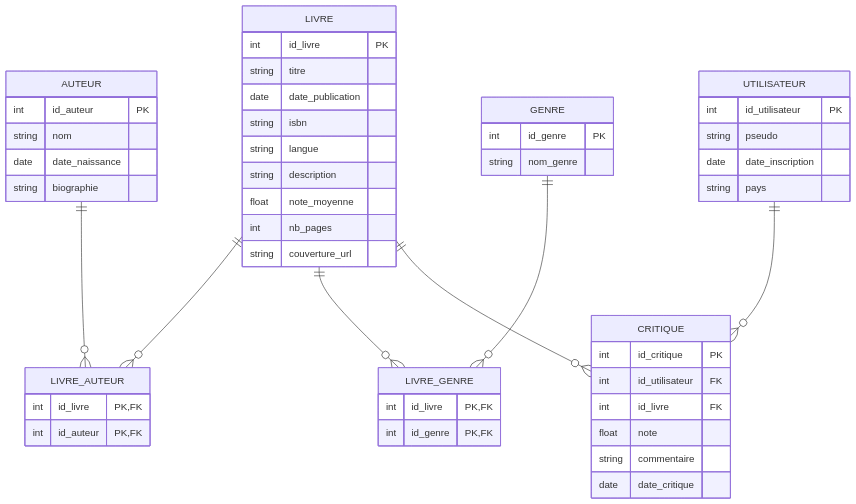
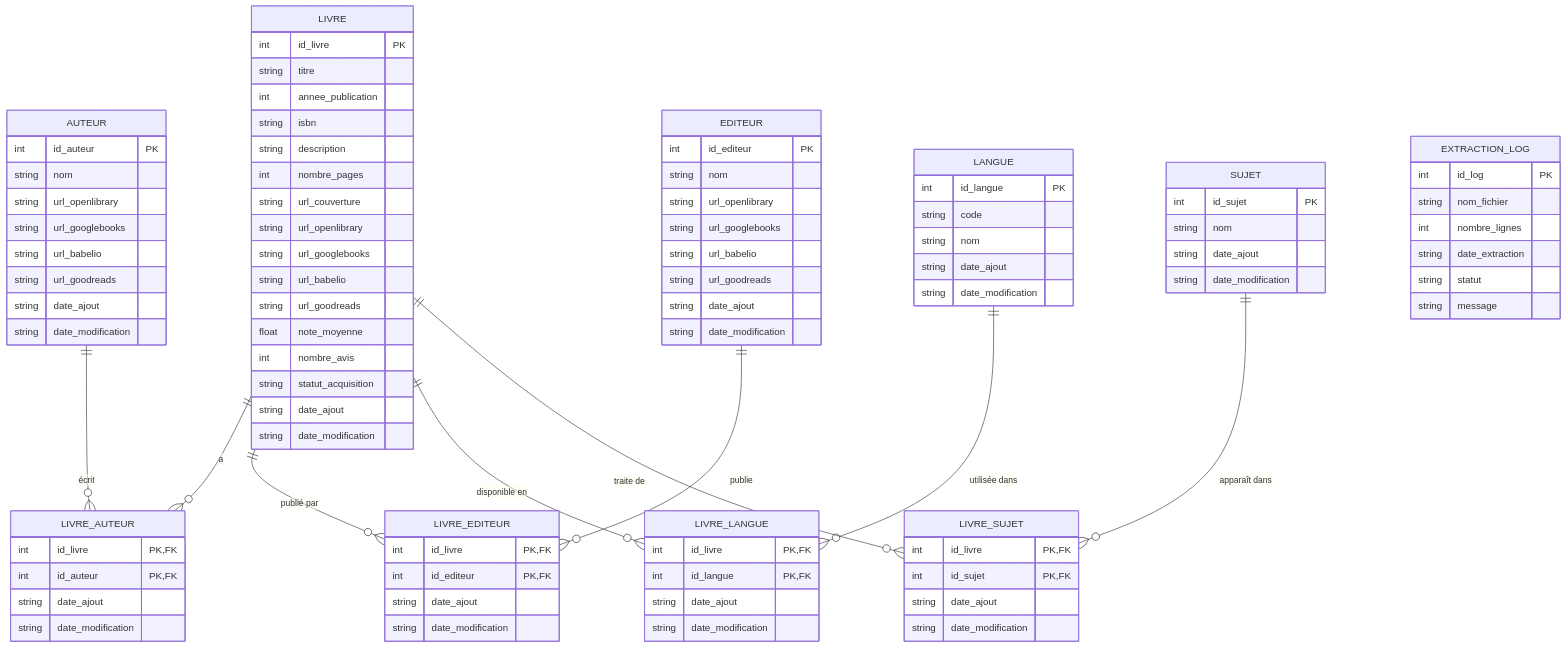
Before and after one commit to dydou375/databook: the diagram in README.md, drawn with Mermaid. The commit also changed other lines of this file, not shown here.

Commit message:
Amélioration du diagramme mcd mermaid de ma base de données

````diff
--- a/README.md
+++ b/README.md
@@ -38,51 +37,93 @@
     LIVRE {
         int id_livre PK
         string titre
-        date date_publication
+        int annee_publication
         string isbn
-        string langue
         string description
+        int nombre_pages
+        string url_couverture
+        string url_openlibrary
+        string url_googlebooks
+        string url_babelio
+        string url_goodreads
         float note_moyenne
-        int nb_pages
-        string couverture_url
+        int nombre_avis
+        string statut_acquisition
+        string date_ajout
+        string date_modification
     }
     AUTEUR {
         int id_auteur PK
         string nom
-        date date_naissance
-        string biographie
+        string url_openlibrary
+        string url_googlebooks
+        string url_babelio
+        string url_goodreads
+        string date_ajout
+        string date_modification
     }
-    GENRE {
-        int id_genre PK
-        string nom_genre
+    EDITEUR {
+        int id_editeur PK
+        string nom
+        string url_openlibrary
+        string url_googlebooks
+        string url_babelio
+        string url_goodreads
+        string date_ajout
+        string date_modification
     }
-    UTILISATEUR {
-        int id_utilisateur PK
-        string pseudo
-        date date_inscription
-        string pays
+    LANGUE {
+        int id_langue PK
+        string code
+        string nom
+        string date_ajout
+        string date_modification
     }
-    CRITIQUE {
-        int id_critique PK
-        int id_utilisateur FK
-        int id_livre FK
-        float note
-        string commentaire
-        date date_critique
+    SUJET {
+        int id_sujet PK
+        string nom
+        string date_ajout
+        string date_modification
     }
     LIVRE_AUTEUR {
-        int id_livre PK, FK
-        int id_auteur PK, FK
+        int id_livre PK,FK
+        int id_auteur PK,FK
+        string date_ajout
+        string date_modification
     }
-    LIVRE_GENRE {
-        int id_livre PK, FK
-        int id_genre PK, FK
+    LIVRE_EDITEUR {
+        int id_livre PK,FK
+        int id_editeur PK,FK
+        string date_ajout
+        string date_modification
+    }
+    LIVRE_LANGUE {
+        int id_livre PK,FK
+        int id_langue PK,FK
+        string date_ajout
+        string date_modification
+    }
+    LIVRE_SUJET {
+        int id_livre PK,FK
+        int id_sujet PK,FK
+        string date_ajout
+        string date_modification
+    }
+    EXTRACTION_LOG {
+        int id_log PK
+        string nom_fichier
+        int nombre_lignes
+        string date_extraction
+        string statut
+        string message
     }
 
-    LIVRE ||--o{ LIVRE_AUTEUR : ""
-    AUTEUR ||--o{ LIVRE_AUTEUR : ""
-    LIVRE ||--o{ LIVRE_GENRE : ""
-    GENRE ||--o{ LIVRE_GENRE : ""
-    UTILISATEUR ||--o{ CRITIQUE : ""
-    LIVRE ||--o{ CRITIQUE : ""
+    LIVRE ||--o{ LIVRE_AUTEUR : "a"
+    AUTEUR ||--o{ LIVRE_AUTEUR : "écrit"
+    LIVRE ||--o{ LIVRE_EDITEUR : "publié par"
+    EDITEUR ||--o{ LIVRE_EDITEUR : "publie"
+    LIVRE ||--o{ LIVRE_LANGUE : "disponible en"
+    LANGUE ||--o{ LIVRE_LANGUE : "utilisée dans"
+    LIVRE ||--o{ LIVRE_SUJET : "traite de"
+    SUJET ||--o{ LIVRE_SUJET : "apparaît dans"
 ```
````
